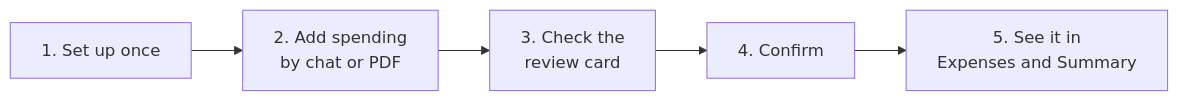
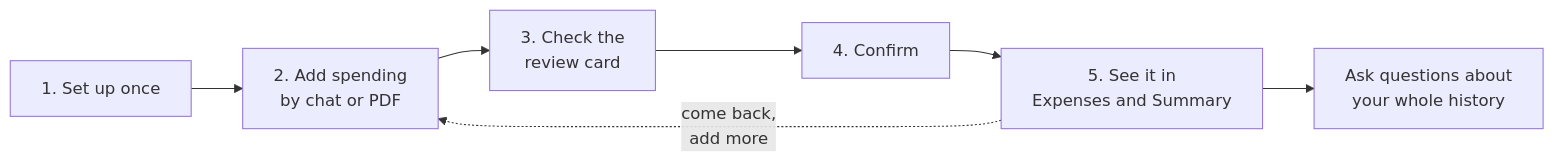
One commit to SameerR007/haushaltsbuch changed the first of 4 diagrams in README.md. Above: the diagram before and after it, drawn with Mermaid. The commit also changed other lines of this file, not shown here.

````diff
--- a/README.md
+++ b/README.md
@@ -32,7 +53,9 @@
 ```mermaid
 flowchart LR
     A["1. Set up once"] --> B["2. Add spending<br/>by chat or PDF"]
     B --> C["3. Check the<br/>review card"]
     C --> D["4. Confirm"]
     D --> E["5. See it in<br/>Expenses and Summary"]
+    E -.->|"come back,<br/>add more"| B
+    E --> F["Ask questions about<br/>your whole history"]
 ```
````
